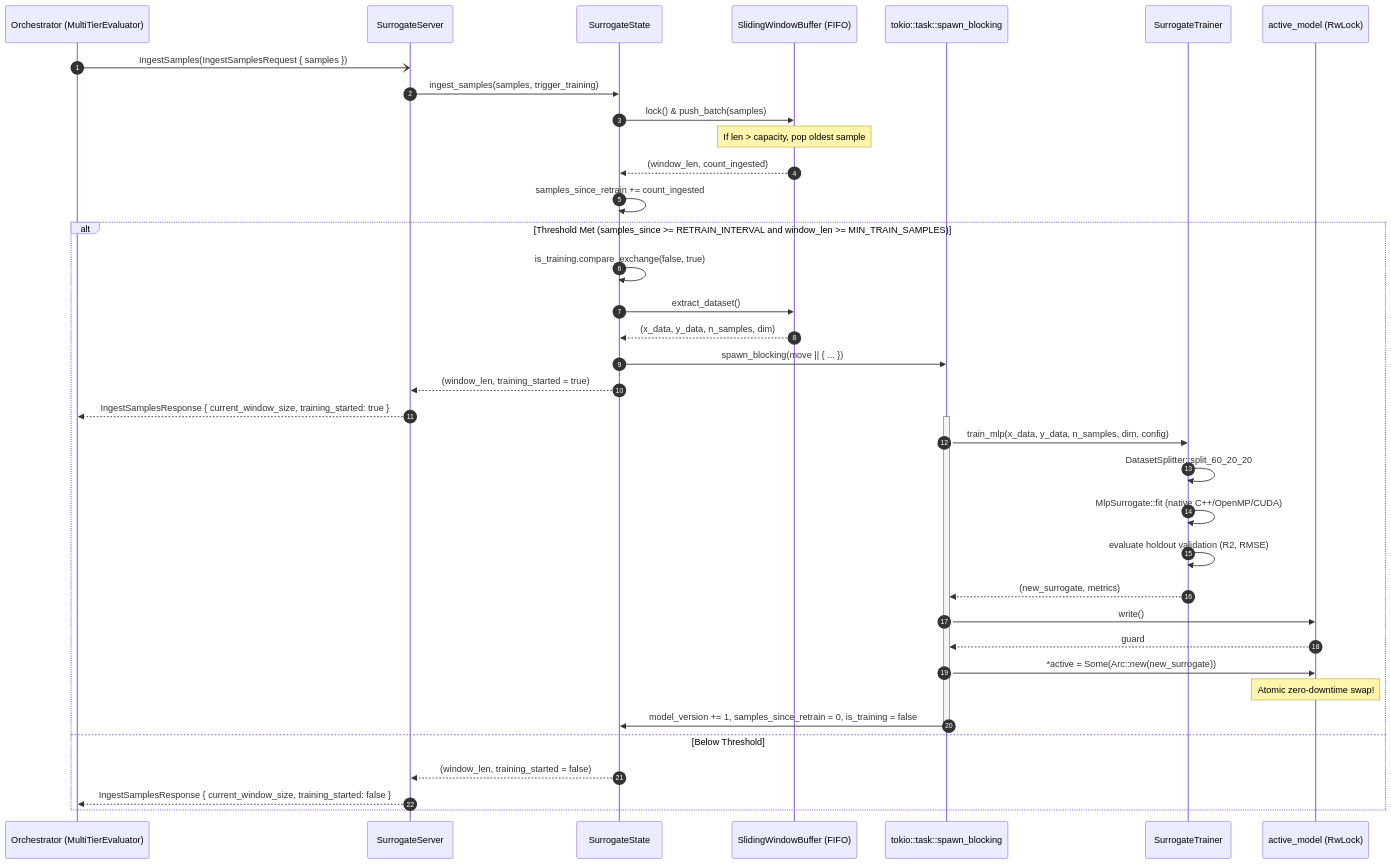
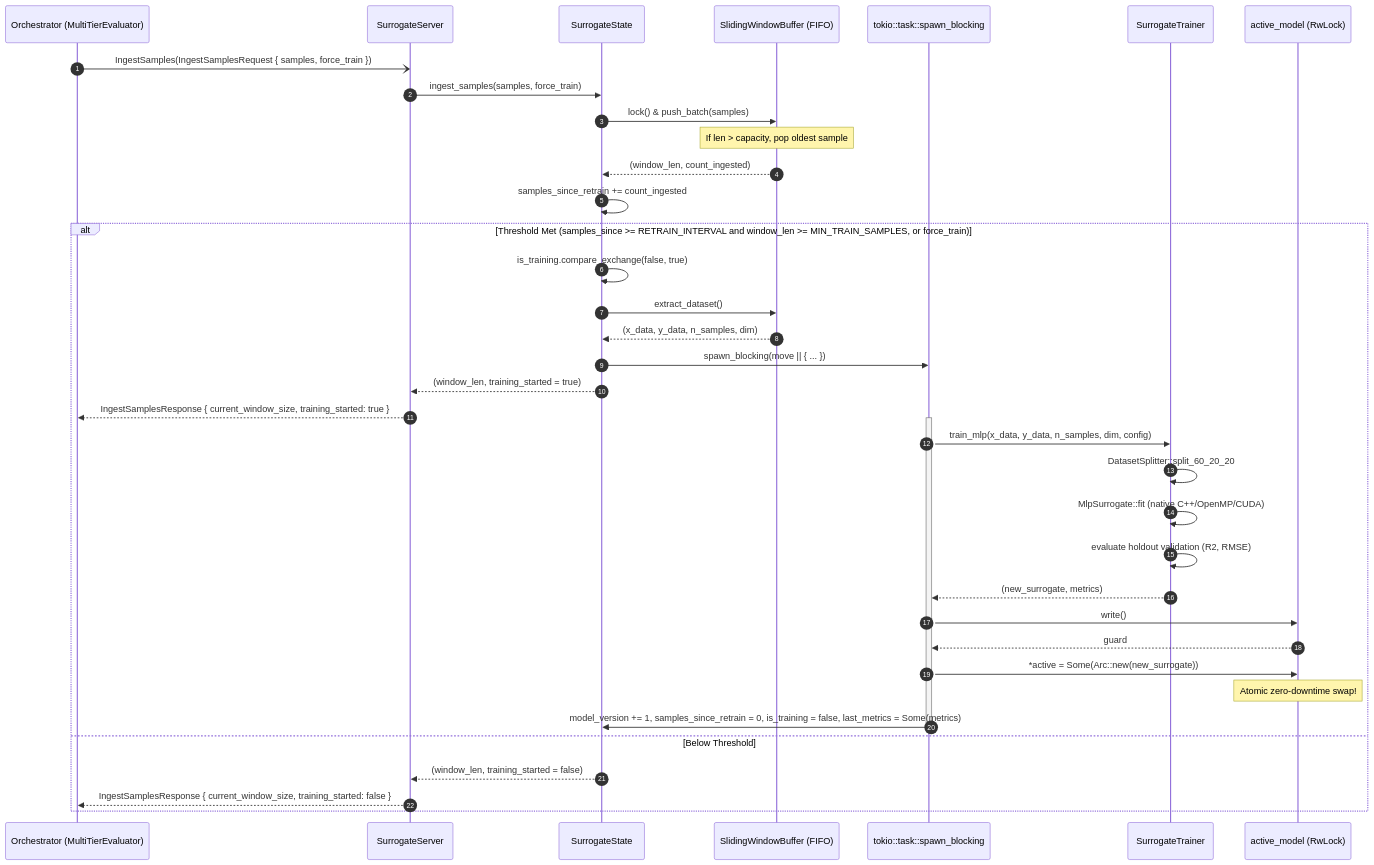
Before and after one commit to Mauragkas/thesis_grpc_lead_dga_cfd: the diagram in surrogate_node/docs/sequence-diagrams/ingestion-retraining/sequence.mmd, drawn with Mermaid. The commit also changed 37 other files, not shown here.

First line of the commit message:
docs(architecture): synchronize domain models, use cases, and sequence diagrams with codebase

```diff
--- a/surrogate_node/docs/sequence-diagrams/ingestion-retraining/sequence.mmd
+++ b/surrogate_node/docs/sequence-diagrams/ingestion-retraining/sequence.mmd
@@ -1,45 +1,45 @@
 sequenceDiagram
     autonumber
     participant Client as Orchestrator (MultiTierEvaluator)
     participant Srv as SurrogateServer
     participant State as SurrogateState
     participant Buf as SlidingWindowBuffer (FIFO)
     participant Worker as tokio::task::spawn_blocking
     participant Trainer as SurrogateTrainer
     participant ModelLock as active_model (RwLock)
 
-    Client-)Srv: IngestSamples(IngestSamplesRequest { samples })
-    Srv->>State: ingest_samples(samples, trigger_training)
+    Client-)Srv: IngestSamples(IngestSamplesRequest { samples, force_train })
+    Srv->>State: ingest_samples(samples, force_train)
 
     State->>Buf: lock() & push_batch(samples)
     Note over Buf: If len > capacity, pop oldest sample
     Buf-->>State: (window_len, count_ingested)
 
     State->>State: samples_since_retrain += count_ingested
 
-    alt Threshold Met (samples_since >= RETRAIN_INTERVAL and window_len >= MIN_TRAIN_SAMPLES)
+    alt Threshold Met (samples_since >= RETRAIN_INTERVAL and window_len >= MIN_TRAIN_SAMPLES, or force_train)
         State->>State: is_training.compare_exchange(false, true)
         State->>Buf: extract_dataset()
         Buf-->>State: (x_data, y_data, n_samples, dim)
 
         State->>Worker: spawn_blocking(move || { ... })
         State-->>Srv: (window_len, training_started = true)
         Srv-->>Client: IngestSamplesResponse { current_window_size, training_started: true }
 
         activate Worker
         Worker->>Trainer: train_mlp(x_data, y_data, n_samples, dim, config)
         Trainer->>Trainer: DatasetSplitter::split_60_20_20
         Trainer->>Trainer: MlpSurrogate::fit (native C++/OpenMP/CUDA)
         Trainer->>Trainer: evaluate holdout validation (R2, RMSE)
         Trainer-->>Worker: (new_surrogate, metrics)
 
         Worker->>ModelLock: write()
         ModelLock-->>Worker: guard
         Worker->>ModelLock: *active = Some(Arc::new(new_surrogate))
         Note over ModelLock: Atomic zero-downtime swap!
-        Worker->>State: model_version += 1, samples_since_retrain = 0, is_training = false
+        Worker->>State: model_version += 1, samples_since_retrain = 0, is_training = false, last_metrics = Some(metrics)
         deactivate Worker
     else Below Threshold
         State-->>Srv: (window_len, training_started = false)
         Srv-->>Client: IngestSamplesResponse { current_window_size, training_started: false }
     end
```
